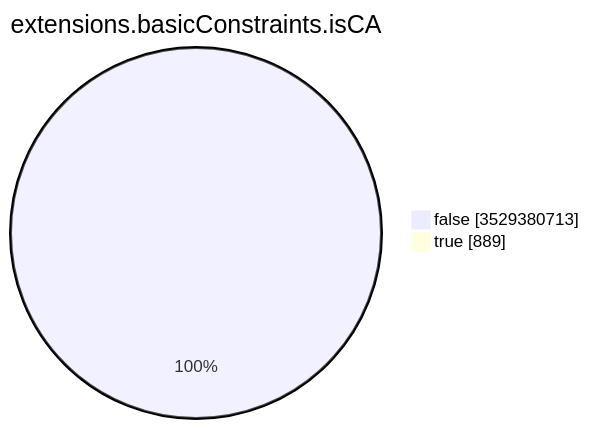
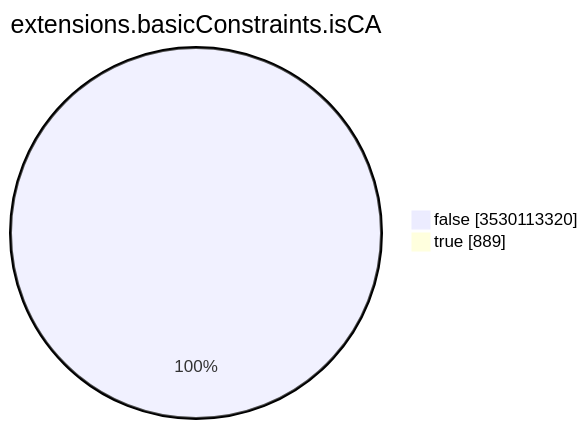
Before and after one commit to christiankrug/ctmonitor_visualization: the seventh of 15 diagrams in TOTAL/README.md, drawn with Mermaid. The commit also changed other lines of this file, not shown here.

````diff
--- a/TOTAL/README.md
+++ b/TOTAL/README.md
@@ -3094,6 +3094,6 @@
 ```mermaid
 pie showData
 title extensions.basicConstraints.isCA
-"false" :3529380713
+"false" :3530113320
 "true" :889
 ```
````
